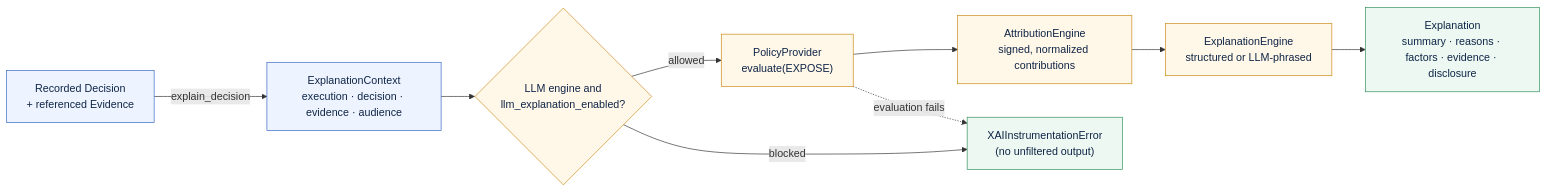
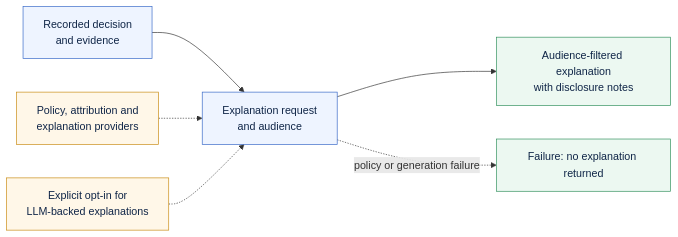
Before and after one commit to smuniharish/agxai: the diagram in diagrams/explanation-flow.mmd, drawn with Mermaid. The commit also changed 49 other files, not shown here.

```diff
--- a/diagrams/explanation-flow.mmd
+++ b/diagrams/explanation-flow.mmd
@@ -1,18 +1,17 @@
 flowchart LR
     classDef core fill:#eef4ff,stroke:#3567c7,color:#0f2547
     classDef provider fill:#fff7e8,stroke:#c98a12,color:#0f2547
     classDef outcome fill:#ecf8f1,stroke:#2f8f5b,color:#0f2547
 
-    decision["Recorded Decision<br/>+ referenced Evidence"]:::core
-    context["ExplanationContext<br/>execution · decision · evidence · audience"]:::core
-    gate{"LLM engine and<br/>llm_explanation_enabled?"}:::provider
-    policy["PolicyProvider<br/>evaluate(EXPOSE)"]:::provider
-    attribution["AttributionEngine<br/>signed, normalized contributions"]:::provider
-    engine["ExplanationEngine<br/>structured or LLM-phrased"]:::provider
-    result["Explanation<br/>summary · reasons · factors · evidence · disclosure"]:::outcome
-    refused["XAIInstrumentationError<br/>(no unfiltered output)"]:::outcome
+    records["Recorded decision<br/>and evidence"]:::core
+    request["Explanation request<br/>and audience"]:::core
+    providers["Policy, attribution and<br/>explanation providers"]:::provider
+    optin["Explicit opt-in for<br/>LLM-backed explanations"]:::provider
+    result["Audience-filtered explanation<br/>with disclosure notes"]:::outcome
+    refused["Failure: no explanation returned"]:::outcome
 
-    decision -- "explain_decision" --> context --> gate
-    gate -- "allowed" --> policy --> attribution --> engine --> result
-    gate -- "blocked" --> refused
-    policy -. "evaluation fails" .-> refused
+    records --> request
+    providers -.-> request
+    optin -.-> request
+    request --> result
+    request -. "policy or generation failure" .-> refused
```
